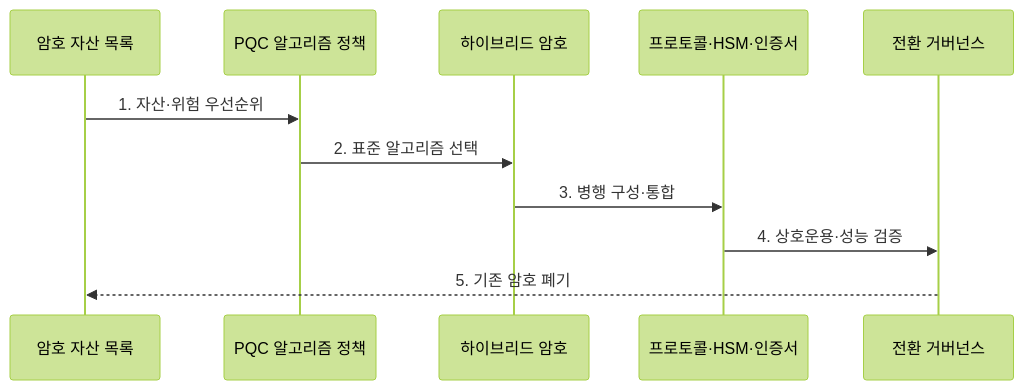
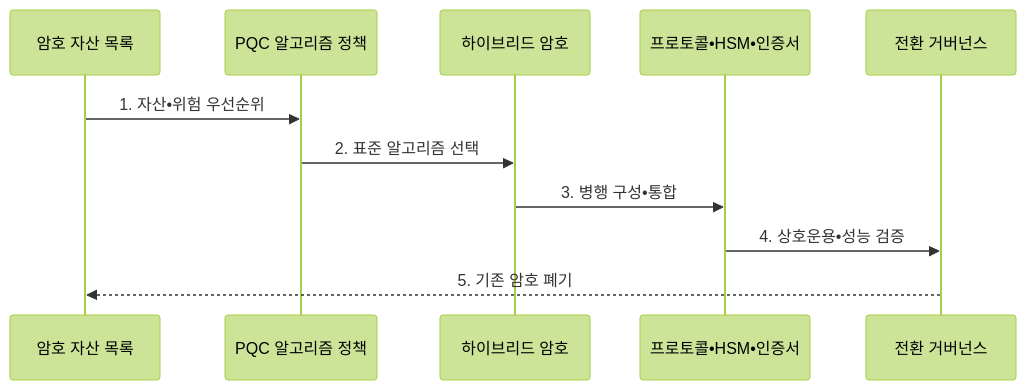
The second of 2 diagrams in src/content/docs/notes/08-latest-tech/216_post_quantum_cryptography.md (agnusdei1207/knowledge-base), drawn with Mermaid (forest theme) before and after one commit. The commit also changed other lines of this file and 953 other files, not shown here.

````diff
--- a/src/content/docs/notes/08-latest-tech/216_post_quantum_cryptography.md
+++ b/src/content/docs/notes/08-latest-tech/216_post_quantum_cryptography.md
@@ -99,13 +99,13 @@
 ```mermaid
 sequenceDiagram
   participant I as 암호 자산 목록
   participant P as PQC 알고리즘 정책
   participant H as 하이브리드 암호
-  participant S as 프로토콜·HSM·인증서
+  participant S as 프로토콜•HSM•인증서
   participant G as 전환 거버넌스
-  I->>P: 1. 자산·위험 우선순위
+  I->>P: 1. 자산•위험 우선순위
   P->>H: 2. 표준 알고리즘 선택
-  H->>S: 3. 병행 구성·통합
-  S->>G: 4. 상호운용·성능 검증
+  H->>S: 3. 병행 구성•통합
+  S->>G: 4. 상호운용•성능 검증
   G-->>I: 5. 기존 암호 폐기
 ```
````
